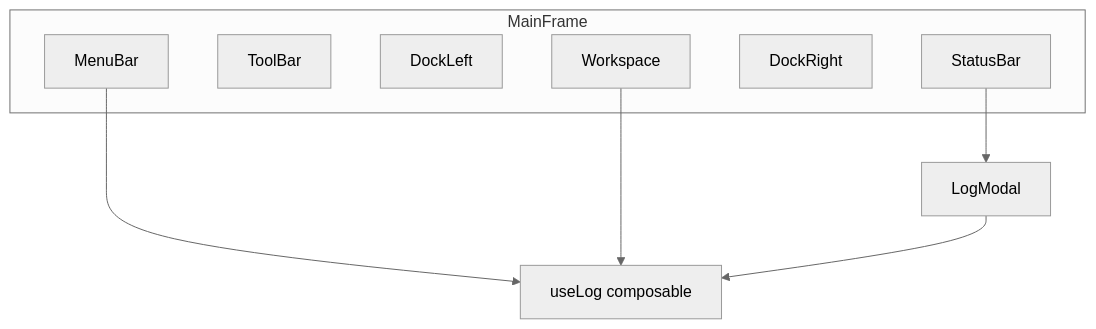
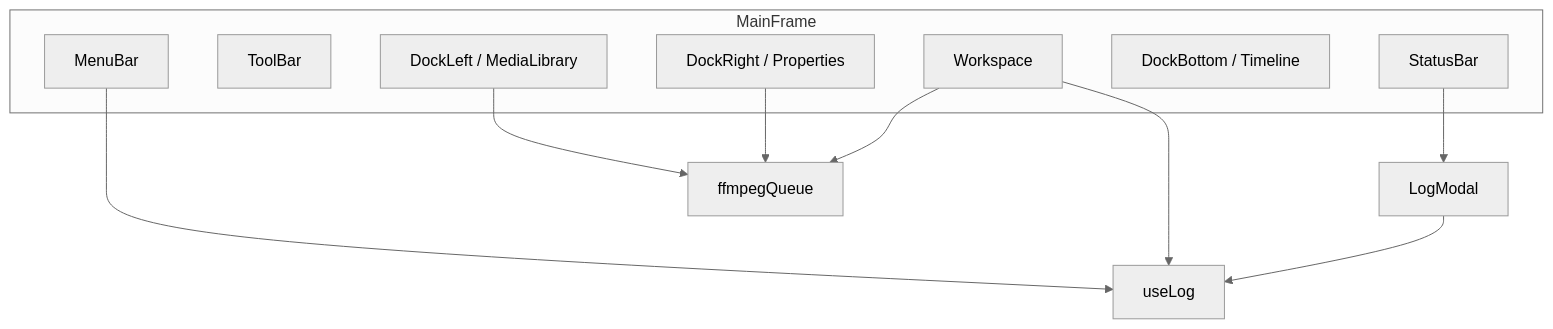
One commit to shelltdf/media_mcp changed the diagram in ai-software-engineering/02-physical/media-studio-vue/uml-component.md. Above: the diagram before and after it, drawn with Mermaid (neutral theme). The commit also changed other lines of this file and 6 other files, not shown here.

````diff
--- a/ai-software-engineering/02-physical/media-studio-vue/uml-component.md
+++ b/ai-software-engineering/02-physical/media-studio-vue/uml-component.md
@@ -3,17 +3,22 @@
 ```mermaid
 flowchart TB
   subgraph shell [MainFrame]
     Menu[MenuBar]
     Tool[ToolBar]
-    DockL[DockLeft]
+    DockL[DockLeft / MediaLibrary]
     WS[Workspace]
-    DockR[DockRight]
+    DockR[DockRight / Properties]
+    DockB[DockBottom / Timeline]
     Stat[StatusBar]
   end
   LogWin[LogModal]
-  useLog[useLog composable]
+  useLog[useLog]
+  ffmpegQ[ffmpegQueue]
   Menu --> useLog
   WS --> useLog
+  DockL --> ffmpegQ
+  DockR --> ffmpegQ
+  WS --> ffmpegQ
   Stat --> LogWin
   LogWin --> useLog
 ```
````
